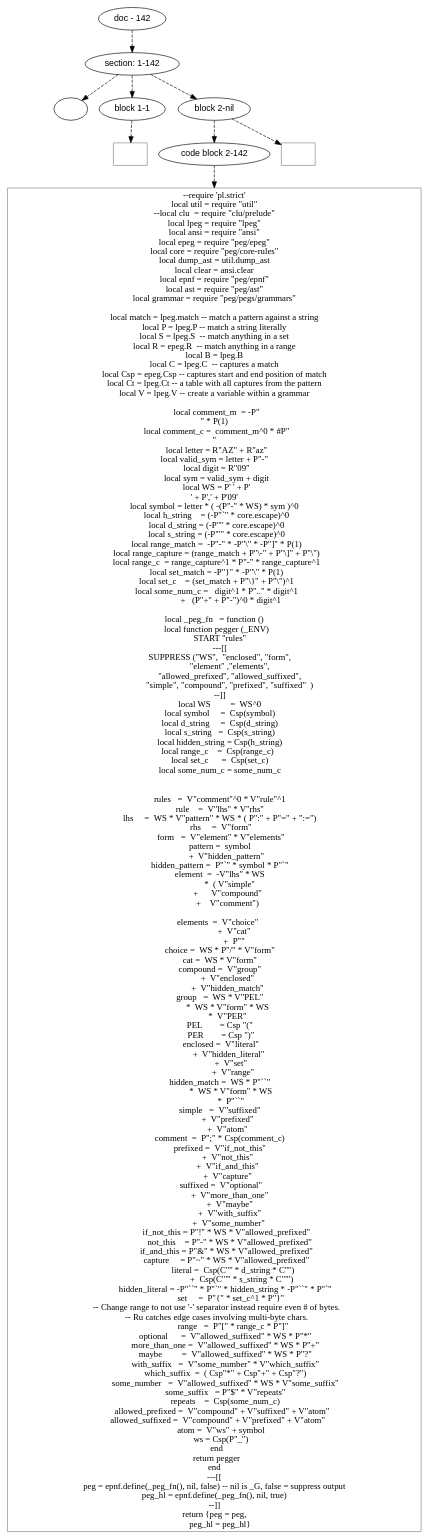
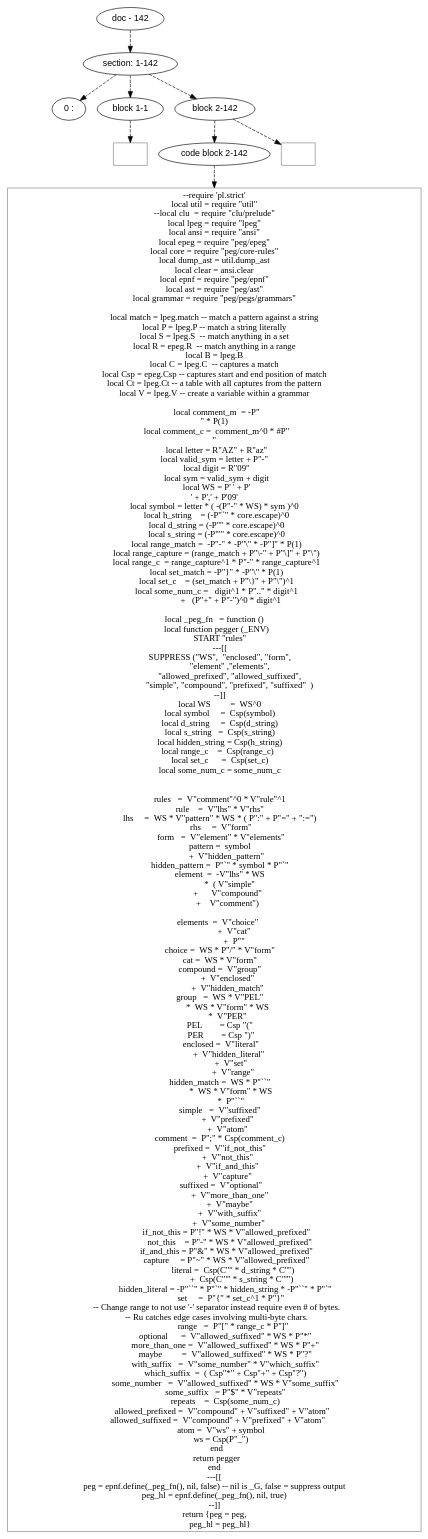
The diagram in doc/dot/peg/quines/ogpeg.dot (mnemnion/orb), drawn with Graphviz before and after one commit. The commit also changed 80 other files, not shown here.

```diff
--- a/doc/dot/peg/quines/ogpeg.dot
+++ b/doc/dot/peg/quines/ogpeg.dot
@@ -1,172 +1,172 @@
 digraph hierarchy {
 
 node [fontname=Helvetica]
 edge [style=dashed]
 
 doc_0 [label="doc - 142"]
 
 doc_0 -> { section_1}
 {rank=same; section_1}
 
 section_1 [label="section: 1-142"]
 
 section_1 -> { header_2 block_3 block_4}
 {rank=same; header_2 block_3 block_4}
 
-header_2 [label=""]
+header_2 [label="0 : "]
 block_3 [label="block 1-1"]
-block_4 [label="block 2-nil"]
+block_4 [label="block 2-142"]
 
 
 block_3 -> leaf_5
 leaf_5  [color=Gray,shape=rectangle,fontname=Inconsolata,label=""]block_4 -> { codeblock_6}
 {rank=same; codeblock_6}
 
 codeblock_6 [label="code block 2-142"]
 
 
 codeblock_6 -> leaf_7
 leaf_7  [color=Gray,shape=rectangle,fontname=Inconsolata,label="--require 'pl.strict'
 local util = require \"util\"
 --local clu  = require \"clu/prelude\" 
 local lpeg = require \"lpeg\"
 local ansi = require \"ansi\"
 local epeg = require \"peg/epeg\"
 local core = require \"peg/core-rules\"
 local dump_ast = util.dump_ast
 local clear = ansi.clear
 local epnf = require \"peg/epnf\"
 local ast = require \"peg/ast\"
 local grammar = require \"peg/pegs/grammars\"
 
 local match = lpeg.match -- match a pattern against a string
 local P = lpeg.P -- match a string literally
 local S = lpeg.S  -- match anything in a set
 local R = epeg.R  -- match anything in a range
 local B = lpeg.B
 local C = lpeg.C  -- captures a match
 local Csp = epeg.Csp -- captures start and end position of match
 local Ct = lpeg.Ct -- a table with all captures from the pattern
 local V = lpeg.V -- create a variable within a grammar
 
    local comment_m  = -P\"\n\" * P(1)
    local comment_c =  comment_m^0 * #P\"\n\"
    local letter = R\"AZ\" + R\"az\" 
    local valid_sym = letter + P\"-\"  
    local digit = R\"09\"
    local sym = valid_sym + digit
    local WS = P' ' + P'\n' + P',' + P'\09'
    local symbol = letter * ( -(P\"-\" * WS) * sym )^0  
    local h_string    = (-P\"`\" * core.escape)^0
    local d_string = (-P'\"' * core.escape)^0
    local s_string = (-P\"'\" * core.escape)^0
    local range_match =  -P\"-\" * -P\"\\\" * -P\"]\" * P(1)
    local range_capture = (range_match + P\"\\-\" + P\"\\]\" + P\"\\\")
    local range_c  = range_capture^1 * P\"-\" * range_capture^1
    local set_match = -P\"}\" * -P\"\\\" * P(1)
    local set_c    = (set_match + P\"\\}\" + P\"\\\")^1
    local some_num_c =   digit^1 * P\"..\" * digit^1
                 +   (P\"+\" + P\"-\")^0 * digit^1
 
 local _peg_fn   = function ()
    local function pegger (_ENV)
       START \"rules\"
       ---[[
       SUPPRESS (\"WS\",  \"enclosed\", \"form\", 
                \"element\" ,\"elements\",
                \"allowed_prefixed\", \"allowed_suffixed\",
                \"simple\", \"compound\", \"prefixed\", \"suffixed\"  )
       --]]
       local WS         =  WS^0
       local symbol     =  Csp(symbol)
       local d_string     =  Csp(d_string) 
       local s_string   =  Csp(s_string)
       local hidden_string = Csp(h_string)
       local range_c    =  Csp(range_c)  
       local set_c      =  Csp(set_c)
       local some_num_c = some_num_c 
 
 
       rules   =  V\"comment\"^0 * V\"rule\"^1
       rule    =  V\"lhs\" * V\"rhs\"
       lhs     =  WS * V\"pattern\" * WS * ( P\":\" + P\"=\" + \":=\")
        rhs     =  V\"form\"
        form   =  V\"element\" * V\"elements\"
       pattern =  symbol
             +  V\"hidden_pattern\"
       hidden_pattern =  P\"`\" * symbol * P\"`\"
       element  =  -V\"lhs\" * WS 
                *  ( V\"simple\"
              +      V\"compound\"
              +    V\"comment\")
 
       elements  =  V\"choice\"  
                    +  V\"cat\"
                    +  P\"\"
       choice =  WS * P\"/\" * V\"form\"
       cat =  WS * V\"form\"
       compound =  V\"group\"
              +  V\"enclosed\"
              +  V\"hidden_match\"
       group   =  WS * V\"PEL\" 
              *  WS * V\"form\" * WS 
              *  V\"PER\"
       PEL        = Csp \"(\"
        PER        = Csp \")\"
        enclosed =  V\"literal\"
               +  V\"hidden_literal\"
                 +  V\"set\"
                   +  V\"range\"
       hidden_match =  WS * P\"``\"
                 *  WS * V\"form\" * WS
                 *  P\"``\"
       simple   =  V\"suffixed\"
              +  V\"prefixed\"
              +  V\"atom\" 
       comment  =  P\";\" * Csp(comment_c)
       prefixed =  V\"if_not_this\"
              +  V\"not_this\"
              +  V\"if_and_this\"
              +  V\"capture\"
        suffixed =  V\"optional\"
                +  V\"more_than_one\"
                +  V\"maybe\"
                +  V\"with_suffix\"
               +  V\"some_number\"
             if_not_this = P\"!\" * WS * V\"allowed_prefixed\"
                not_this    = P\"-\" * WS * V\"allowed_prefixed\"
             if_and_this = P\"&\" * WS * V\"allowed_prefixed\"
             capture     = P\"~\" * WS * V\"allowed_prefixed\"
                   literal =  Csp(C'\"' * d_string * C'\"')
                           +  Csp(C\"'\" * s_string * C\"'\")
            hidden_literal = -P\"``\" * P\"`\" * hidden_string * -P\"``\" * P\"`\"
                   set     =  P\"{\" * set_c^1 * P\"}\"  
    -- Change range to not use '-' separator instead require even # of bytes.
    -- Ru catches edge cases involving multi-byte chars. 
                   range   =  P\"[\" * range_c * P\"]\" 
            optional      =  V\"allowed_suffixed\" * WS * P\"*\"
            more_than_one =  V\"allowed_suffixed\" * WS * P\"+\"
            maybe         =  V\"allowed_suffixed\" * WS * P\"?\"
            with_suffix   =  V\"some_number\" * V\"which_suffix\"
            which_suffix  =  ( Csp\"*\" + Csp\"+\" + Csp\"?\")
            some_number   =  V\"allowed_suffixed\" * WS * V\"some_suffix\"
            some_suffix   = P\"$\" * V\"repeats\"
            repeats    =  Csp(some_num_c)
         allowed_prefixed =  V\"compound\" + V\"suffixed\" + V\"atom\"
         allowed_suffixed =  V\"compound\" + V\"prefixed\" + V\"atom\"    
        atom =  V\"ws\" + symbol 
        ws = Csp(P\"_\")
    end
    return pegger
 end
 ---[[
 peg = epnf.define(_peg_fn(), nil, false) -- nil is _G, false = suppress output
 peg_hl = epnf.define(_peg_fn(), nil, true)
 --]]
 return {peg = peg,
       peg_hl = peg_hl}
 "]
 block_4 -> leaf_8
 leaf_8  [color=Gray,shape=rectangle,fontname=Inconsolata,label="
 "]
 }
```
